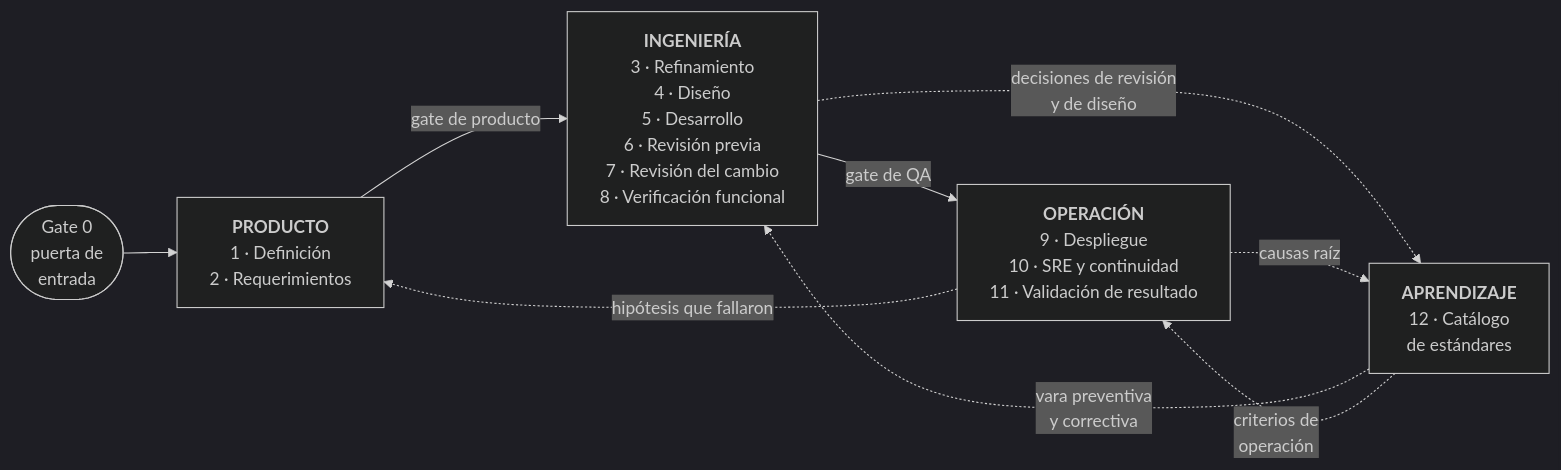
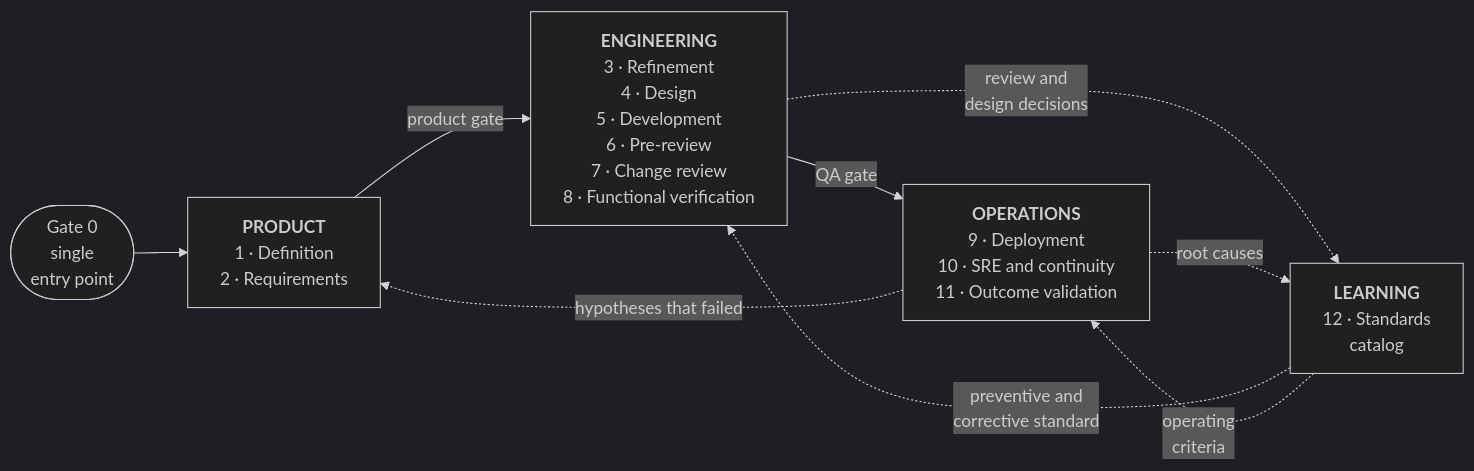
The second of 4 diagrams in CAUCE.md (javierdres/cauce-framework), drawn with Mermaid (dark theme) before and after one commit. The commit also changed other lines of this file and 52 other files, not shown here.

````diff
--- a/CAUCE.md
+++ b/CAUCE.md
@@ -158,18 +156,18 @@
 ```mermaid
 flowchart LR
-    A(["Gate 0<br/>puerta de<br/>entrada"]) --> P1
+    A(["Gate 0<br/>single<br/>entry point"]) --> P1
 
-    P1["<b>PRODUCTO</b><br/>1 · Definición<br/>2 · Requerimientos"]
-    P2["<b>INGENIERÍA</b><br/>3 · Refinamiento<br/>4 · Diseño<br/>5 · Desarrollo<br/>6 · Revisión previa<br/>7 · Revisión del cambio<br/>8 · Verificación funcional"]
-    P3["<b>OPERACIÓN</b><br/>9 · Despliegue<br/>10 · SRE y continuidad<br/>11 · Validación de resultado"]
-    P4["<b>APRENDIZAJE</b><br/>12 · Catálogo<br/>de estándares"]
+    P1["<b>PRODUCT</b><br/>1 · Definition<br/>2 · Requirements"]
+    P2["<b>ENGINEERING</b><br/>3 · Refinement<br/>4 · Design<br/>5 · Development<br/>6 · Pre-review<br/>7 · Change review<br/>8 · Functional verification"]
+    P3["<b>OPERATIONS</b><br/>9 · Deployment<br/>10 · SRE and continuity<br/>11 · Outcome validation"]
+    P4["<b>LEARNING</b><br/>12 · Standards<br/>catalog"]
 
-    P1 -->|"gate de producto"| P2
-    P2 -->|"gate de QA"| P3
+    P1 -->|"product gate"| P2
+    P2 -->|"QA gate"| P3
 
-    P2 -.->|"decisiones de revisión<br/>y de diseño"| P4
-    P3 -.->|"causas raíz"| P4
-    P3 -.->|"hipótesis que fallaron"| P1
-    P4 -.->|"vara preventiva<br/>y correctiva"| P2
-    P4 -.->|"criterios de<br/>operación"| P3
+    P2 -.->|"review and<br/>design decisions"| P4
+    P3 -.->|"root causes"| P4
+    P3 -.->|"hypotheses that failed"| P1
+    P4 -.->|"preventive and<br/>corrective standard"| P2
+    P4 -.->|"operating<br/>criteria"| P3
 ```
````
